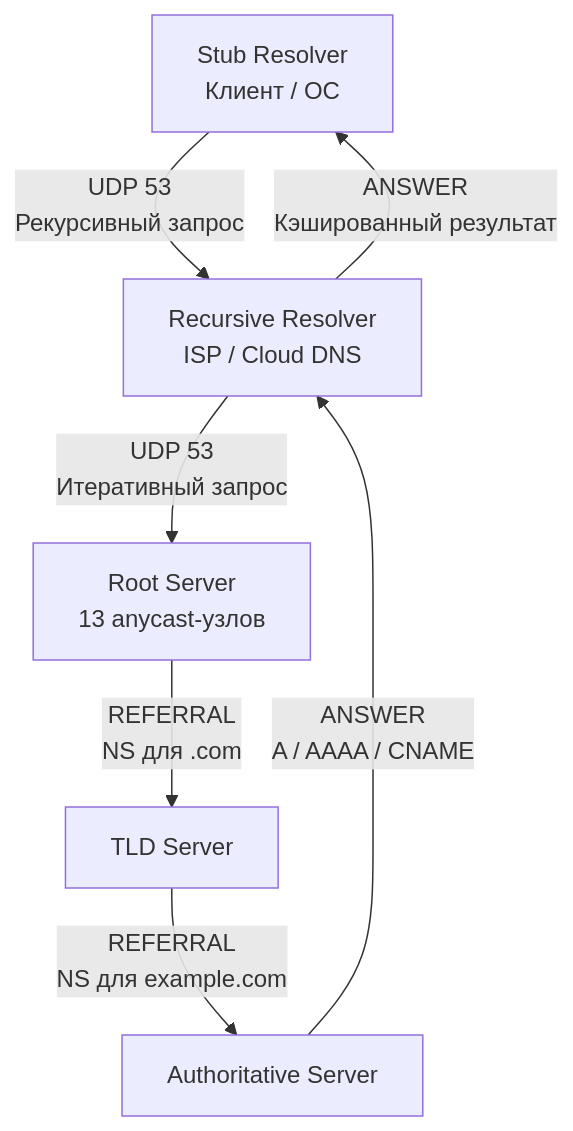
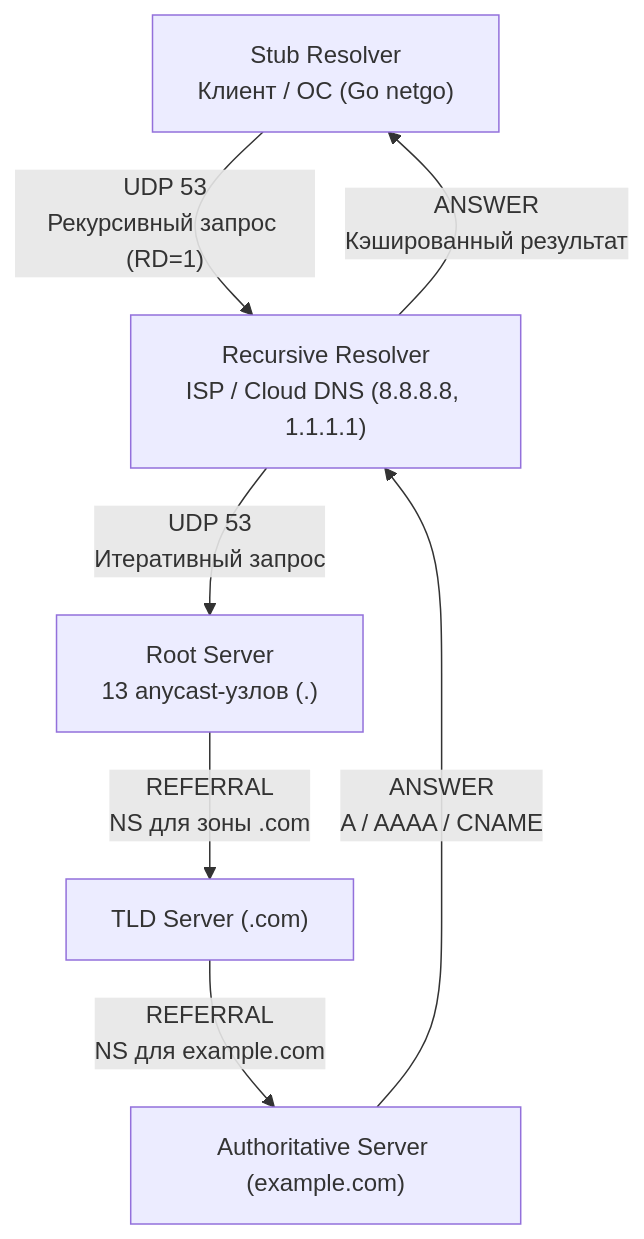
One commit to UnrealTemplier/go-textbook changed the second of 4 diagrams in sources/3. Компьютерные сети и сетевой стек/17. DNS под капотом. Record Types, TTL, Recursive Resolver, кеширование.md. Above: the diagram before and after it, drawn with Mermaid. The commit also changed other lines of this file, not shown here.

Commit message:
feat(module-03): editorial rewrite of Lecture 17 (DNS Under the Hood, Record Types, TTL, EDNS0, netgo internals) in Kernighan style

````diff
--- a/sources/3. Компьютерные сети и сетевой стек/17. DNS под капотом. Record Types, TTL, Recursive Resolver, кеширование.md
+++ b/sources/3. Компьютерные сети и сетевой стек/17. DNS под капотом. Record Types, TTL, Recursive Resolver, кеширование.md
@@ -19,9 +79,9 @@
 ```mermaid
 flowchart TD
-    A["Stub Resolver<br>Клиент / ОС"] -->|"UDP 53<br>Рекурсивный запрос"| B["Recursive Resolver<br>ISP / Cloud DNS"]
-    B -->|"UDP 53<br>Итеративный запрос"| C["Root Server<br>13 anycast-узлов"]
-    C -->|"REFERRAL<br>NS для .com"| D["TLD Server"]
-    D -->|"REFERRAL<br>NS для example.com"| E["Authoritative Server"]
+    A["Stub Resolver<br>Клиент / ОС (Go netgo)"] -->|"UDP 53<br>Рекурсивный запрос (RD=1)"| B["Recursive Resolver<br>ISP / Cloud DNS (8.8.8.8, 1.1.1.1)"]
+    B -->|"UDP 53<br>Итеративный запрос"| C["Root Server<br>13 anycast-узлов (.)"]
+    C -->|"REFERRAL<br>NS для зоны .com"| D["TLD Server (.com)"]
+    D -->|"REFERRAL<br>NS для example.com"| E["Authoritative Server (example.com)"]
     E -->|"ANSWER<br>A / AAAA / CNAME"| B
     B -->|"ANSWER<br>Кэшированный результат"| A
 ```
````
